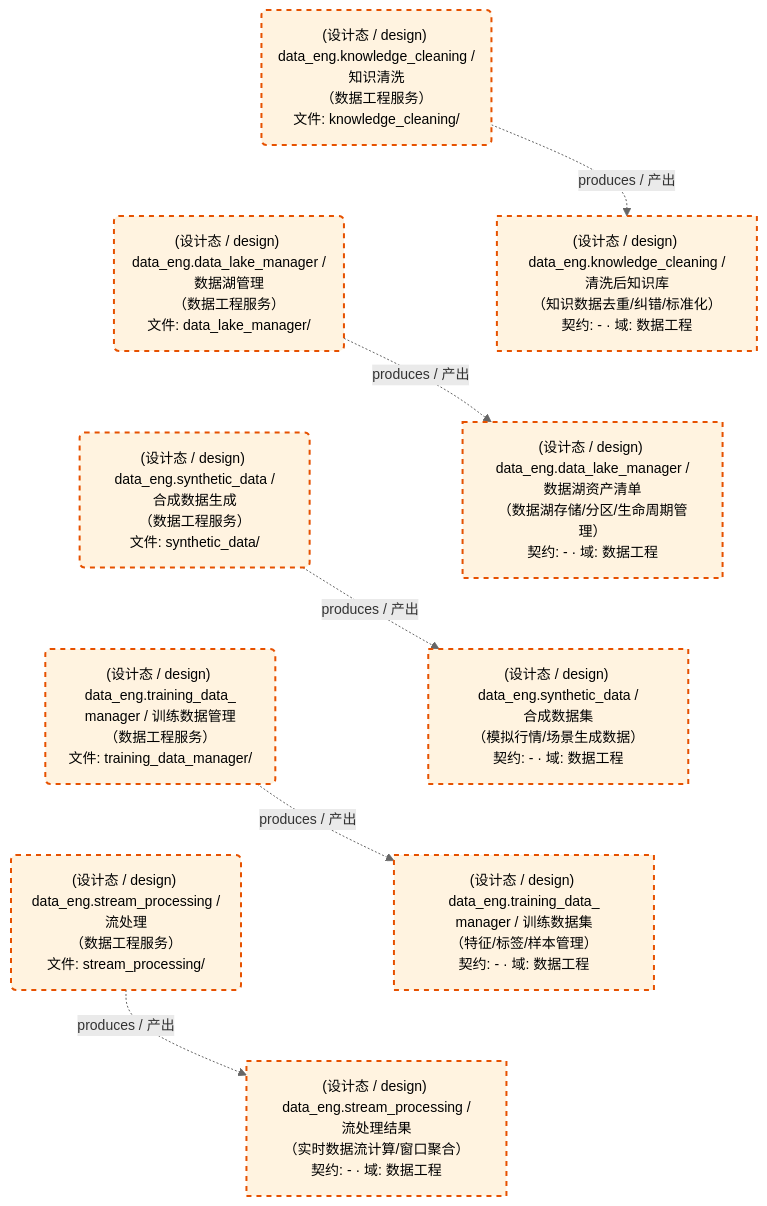
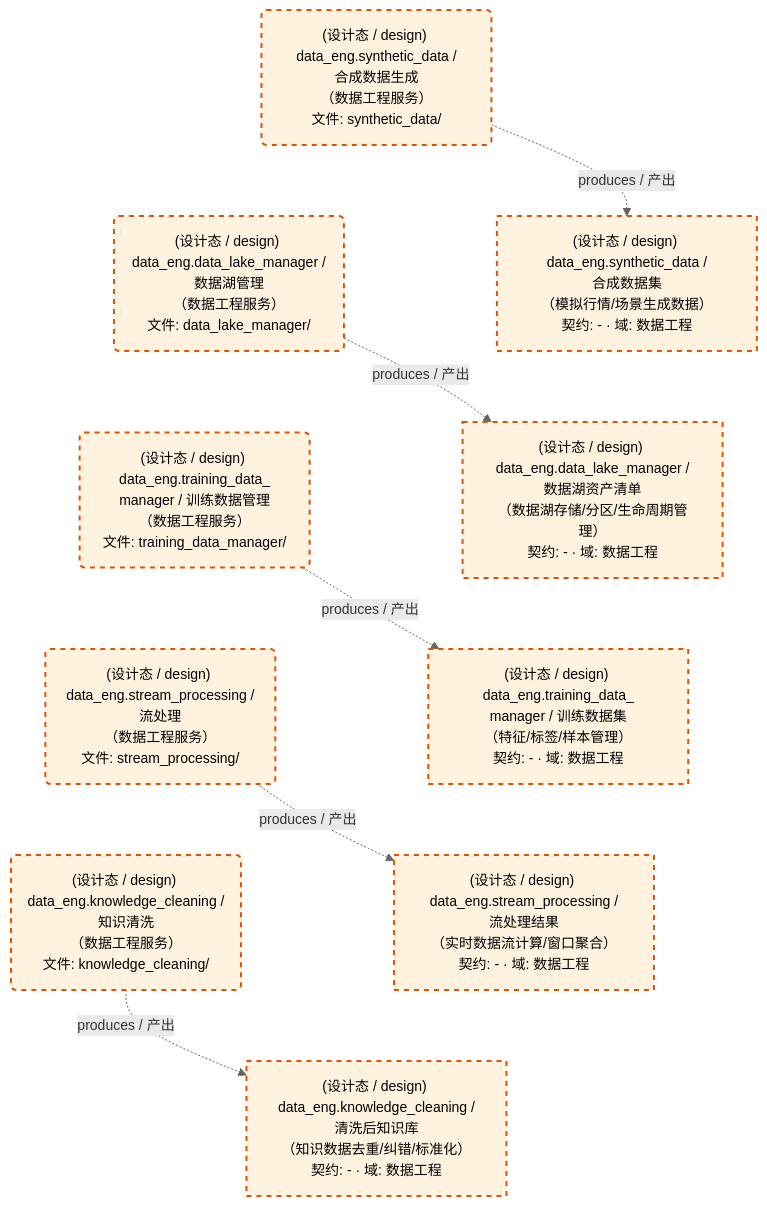
Before and after one commit to xuanFelixVan/ZephyrAlpha: the first of 2 diagrams in docs/02_enterprise_architecture/05_dataflow_architecture/d_data_eng.md, drawn with Mermaid. The commit also changed other lines of this file and 4 other files, not shown here.

````diff
--- a/docs/02_enterprise_architecture/05_dataflow_architecture/d_data_eng.md
+++ b/docs/02_enterprise_architecture/05_dataflow_architecture/d_data_eng.md
@@ -49,32 +49,32 @@
 ```mermaid
 %%{init: {'theme': 'base', 'themeVariables': {'primaryColor': '#eaeaea', 'primaryTextColor': '#333333', 'primaryBorderColor': '#666666', 'lineColor': '#666666', 'secondaryColor': '#eaeaea', 'tertiaryColor': '#eaeaea', 'clusterBkg': 'transparent', 'clusterBorder': 'transparent', 'fontSize': '14px'}}}%%
 flowchart TD
     DS11258["(设计态 / design) data_eng.data_lake_manager /<br/>数据湖资产清单<br/>（数据湖存储/分区/生命周期管理）<br/>契约: - · 域: 数据工程"]
     DS11259["(设计态 / design) data_eng.knowledge_cleaning /<br/>清洗后知识库<br/>（知识数据去重/纠错/标准化）<br/>契约: - · 域: 数据工程"]
     DS11260["(设计态 / design) data_eng.stream_processing /<br/>流处理结果<br/>（实时数据流计算/窗口聚合）<br/>契约: - · 域: 数据工程"]
     DS11261["(设计态 / design) data_eng.synthetic_data /<br/>合成数据集<br/>（模拟行情/场景生成数据）<br/>契约: - · 域: 数据工程"]
     DS11262["(设计态 / design) data_eng.training_data_<br/>manager / 训练数据集<br/>（特征/标签/样本管理）<br/>契约: - · 域: 数据工程"]
     JOB757622("(设计态 / design) data_eng.data_lake_manager /<br/>数据湖管理<br/>（数据工程服务）<br/>文件: data_lake_manager/")
     JOB757623("(设计态 / design) data_eng.knowledge_cleaning /<br/>知识清洗<br/>（数据工程服务）<br/>文件: knowledge_cleaning/")
     JOB757624("(设计态 / design) data_eng.stream_processing /<br/>流处理<br/>（数据工程服务）<br/>文件: stream_processing/")
     JOB757625("(设计态 / design) data_eng.synthetic_data /<br/>合成数据生成<br/>（数据工程服务）<br/>文件: synthetic_data/")
     JOB757626("(设计态 / design) data_eng.training_data_<br/>manager / 训练数据管理<br/>（数据工程服务）<br/>文件: training_data_manager/")
     JOB757622 -.->|produces / 产出| DS11258
     JOB757623 -.->|produces / 产出| DS11259
     JOB757624 -.->|produces / 产出| DS11260
     JOB757625 -.->|produces / 产出| DS11261
     JOB757626 -.->|produces / 产出| DS11262
-    JOB757623 ~~~ JOB757622
-    JOB757622 ~~~ JOB757625
-    JOB757625 ~~~ JOB757626
+    JOB757625 ~~~ JOB757622
+    JOB757622 ~~~ JOB757626
     JOB757626 ~~~ JOB757624
-    DS11259 ~~~ DS11258
-    DS11258 ~~~ DS11261
-    DS11261 ~~~ DS11262
+    JOB757624 ~~~ JOB757623
+    DS11261 ~~~ DS11258
+    DS11258 ~~~ DS11262
     DS11262 ~~~ DS11260
+    DS11260 ~~~ DS11259
     classDef production fill:#e1f5fe,stroke:#01579b,stroke-width:2px,color:#000
     classDef design fill:#fff3e0,stroke:#e65100,stroke-width:2px,color:#000,stroke-dasharray: 5 5
     classDef external_prod fill:#e8f4fd,stroke:#0277bd,stroke-width:1px,color:#000
     classDef external_design fill:#fff8e7,stroke:#ef6c00,stroke-width:1px,color:#000,stroke-dasharray: 5 5
     class DS11258,DS11259,DS11260,DS11261,DS11262,JOB757622,JOB757623,JOB757624,JOB757625,JOB757626 design
 ```
````
